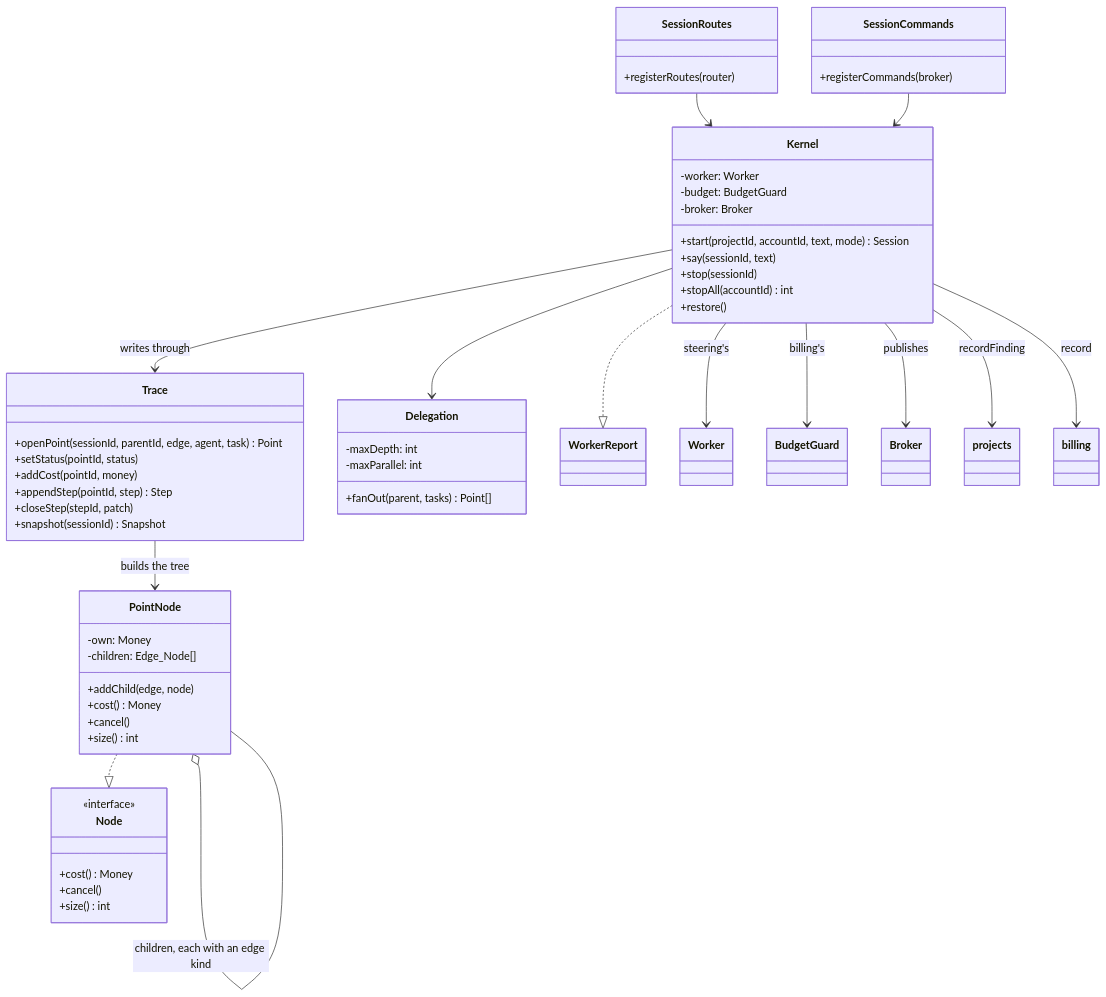
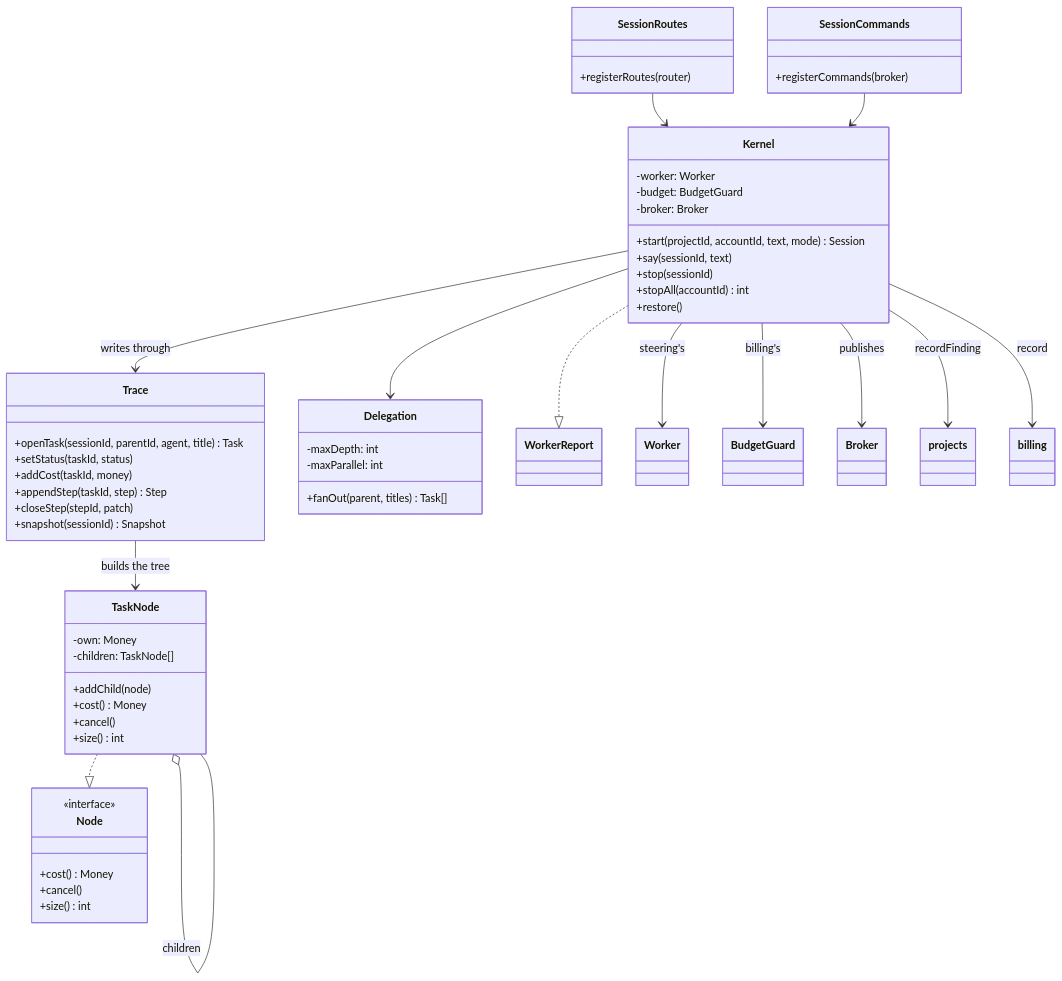
The tenth of 16 diagrams in docs/ARCHITECTURE.md (ziyangliu-666/lumen-next), drawn with Mermaid before and after one commit. The commit also changed other lines of this file and 25 other files, not shown here.

First line of the commit message:
contract: a task, not a point, and a tree, not a graph

````diff
--- a/docs/ARCHITECTURE.md
+++ b/docs/ARCHITECTURE.md
@@ -518,59 +515,59 @@
 ```mermaid
 classDiagram
   class SessionRoutes {
     +registerRoutes(router)
   }
   class SessionCommands {
     +registerCommands(broker)
   }
   class Kernel {
     -worker: Worker
     -budget: BudgetGuard
     -broker: Broker
     +start(projectId, accountId, text, mode) Session
     +say(sessionId, text)
     +stop(sessionId)
     +stopAll(accountId) int
     +restore()
   }
   class Trace {
-    +openPoint(sessionId, parentId, edge, agent, task) Point
-    +setStatus(pointId, status)
-    +addCost(pointId, money)
-    +appendStep(pointId, step) Step
+    +openTask(sessionId, parentId, agent, title) Task
+    +setStatus(taskId, status)
+    +addCost(taskId, money)
+    +appendStep(taskId, step) Step
     +closeStep(stepId, patch)
     +snapshot(sessionId) Snapshot
   }
   class Delegation {
     -maxDepth: int
     -maxParallel: int
-    +fanOut(parent, tasks) Point[]
+    +fanOut(parent, titles) Task[]
   }
   class Node {
     <<interface>>
     +cost() Money
     +cancel()
     +size() int
   }
-  class PointNode {
+  class TaskNode {
     -own: Money
-    -children: Edge_Node[]
-    +addChild(edge, node)
+    -children: TaskNode[]
+    +addChild(node)
     +cost() Money
     +cancel()
     +size() int
   }
   SessionRoutes --> Kernel
   SessionCommands --> Kernel
   Kernel --> Trace : writes through
   Kernel --> Delegation
   Kernel ..|> WorkerReport
   Kernel --> Worker : steering's
   Kernel --> BudgetGuard : billing's
   Kernel --> Broker : publishes
   Kernel --> projects : recordFinding
   Kernel --> billing : record
-  PointNode ..|> Node
-  PointNode o-- PointNode : children, each with an edge kind
-  Trace --> PointNode : builds the tree
+  TaskNode ..|> Node
+  TaskNode o-- TaskNode : children
+  Trace --> TaskNode : builds the tree
 ```
````
